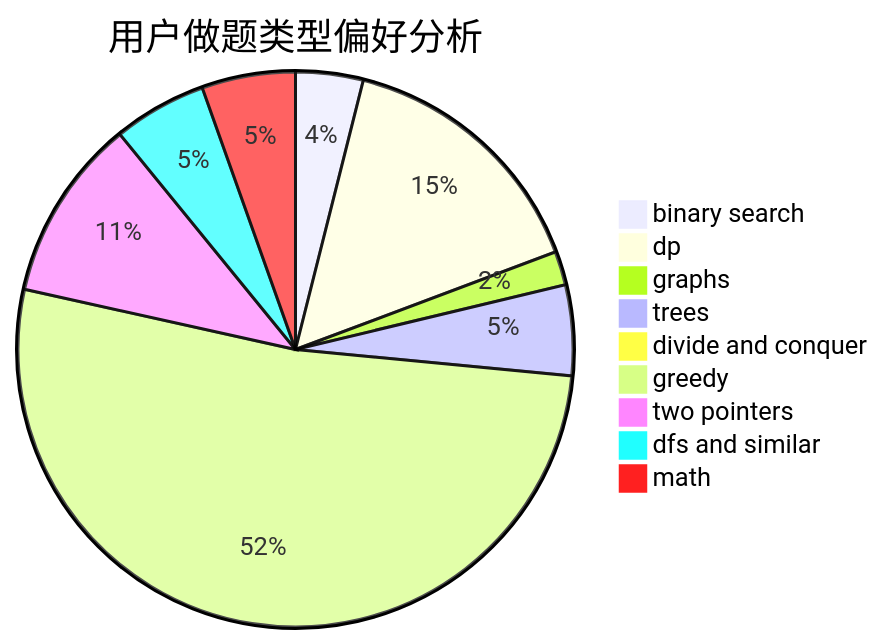
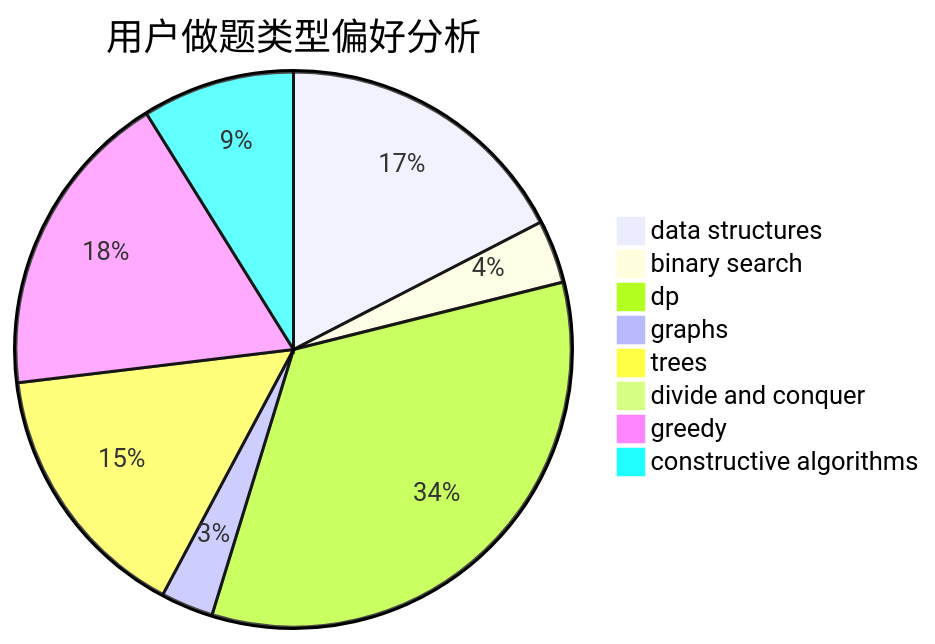
Before and after one commit to sherpahu/cfrs.github.io: the second of 3 diagrams in docs/user/u2142.md, drawn with Mermaid. The commit also changed other lines of this file and 2775 other files, not shown here.

````diff
--- a/docs/user/u2142.md
+++ b/docs/user/u2142.md
@@ -23,12 +23,11 @@
 ```mermaid
 pie title 用户做题类型偏好分析
-    "binary search" :  44
-    "dp" :  172
-    "graphs" :  22
-    "trees" :  59
-    "divide and conquer" :  8
-    "greedy" :  582
-    "two pointers" :  119
-    "dfs and similar" :  61
-    "math" :  61
+    "data structures" :  57
+    "binary search" :  12
+    "dp" :  110
+    "graphs" :  10
+    "trees" :  50
+    "divide and conquer" :  0
+    "greedy" :  59
+    "constructive algorithms" :  29
 ```
````
